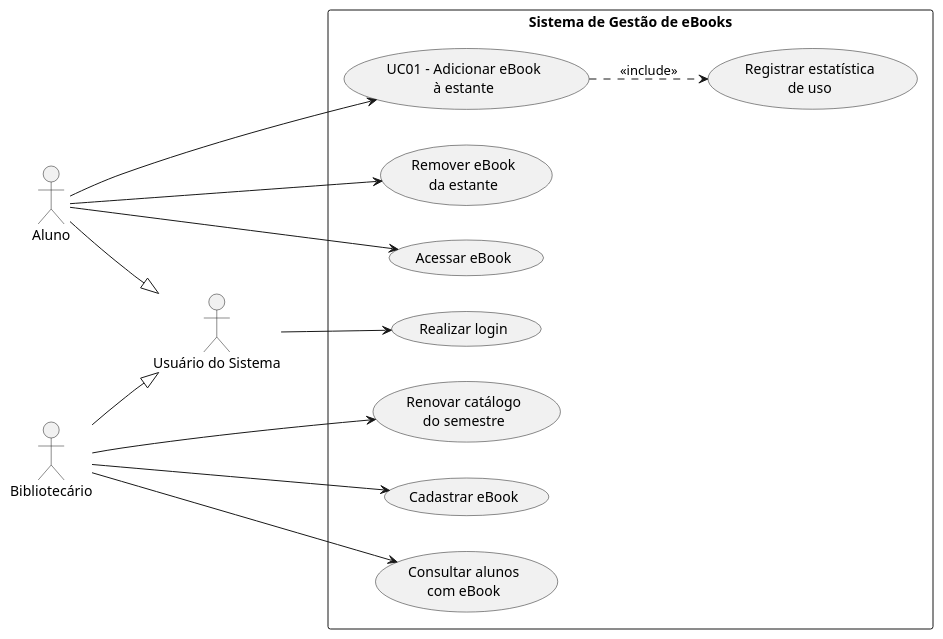
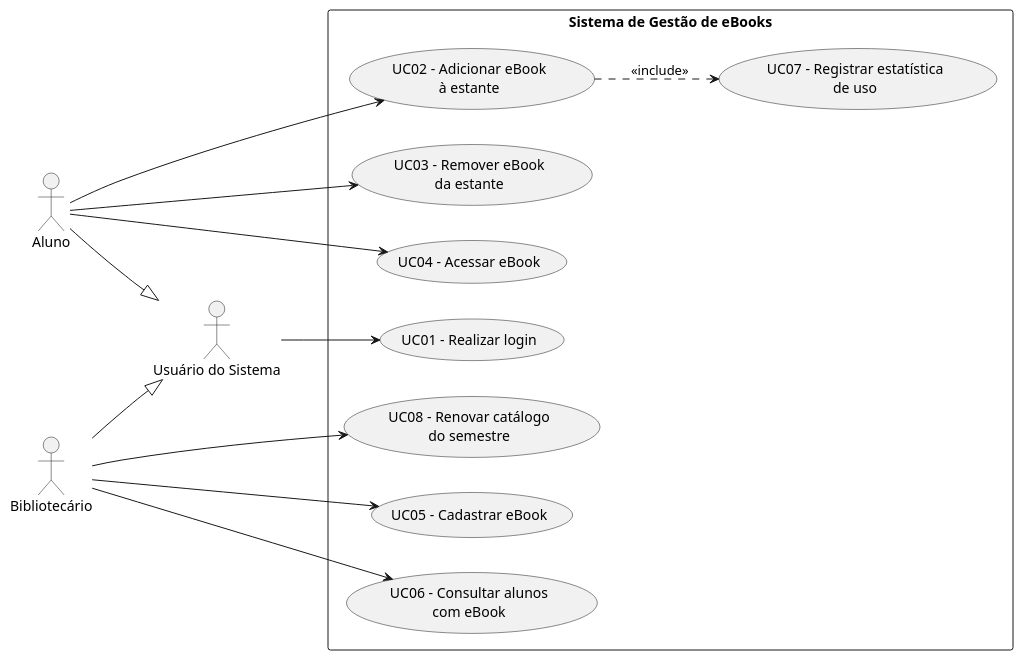
Before and after one commit to fillmello/lab01-ebooks-biblioteca: the diagram in docs/diagramas/casos-de-uso.puml, drawn with PlantUML. The commit also changed 2 other files, not shown here.

Commit message:
docs: numera casos de uso UC01-UC08 e aponta README para o diagrama PlantUML

```diff
--- a/docs/diagramas/casos-de-uso.puml
+++ b/docs/diagramas/casos-de-uso.puml
@@ -1,39 +1,39 @@
 @startuml Sistema de Gestão de eBooks
 left to right direction
 
 actor "Usuário do Sistema" as usuario
 actor "Aluno" as aluno
 actor "Bibliotecário" as bib
 
 ' --- Aluno e Bibliotecário são especializações de Usuário do Sistema ---
 aluno --|> usuario
 bib --|> usuario
 
 rectangle "Sistema de Gestão de eBooks" {
-  usecase "UC01 - Adicionar eBook\nà estante"        as UC_adicionar
-  usecase "Registrar estatística\nde uso"     as UC_estatistica
-  usecase "Remover eBook\nda estante"         as UC_remover
-  usecase "Acessar eBook"                     as UC_acessar
-  usecase "Realizar login"                    as UC_login
-  usecase "Cadastrar eBook"                   as UC_cadastrar
-  usecase "Consultar alunos\ncom eBook"       as UC_consultar
-  usecase "Renovar catálogo\ndo semestre"     as UC_renovar
+  usecase "UC01 - Realizar login"                   as UC_login
+  usecase "UC02 - Adicionar eBook\nà estante"       as UC_adicionar
+  usecase "UC03 - Remover eBook\nda estante"        as UC_remover
+  usecase "UC04 - Acessar eBook"                    as UC_acessar
+  usecase "UC05 - Cadastrar eBook"                  as UC_cadastrar
+  usecase "UC06 - Consultar alunos\ncom eBook"      as UC_consultar
+  usecase "UC07 - Registrar estatística\nde uso"    as UC_estatistica
+  usecase "UC08 - Renovar catálogo\ndo semestre"    as UC_renovar
 }
 
 ' --- Usuário do Sistema (vale para os dois perfis) ---
 usuario --> UC_login
 
 ' --- Aluno ---
 aluno --> UC_adicionar
 aluno --> UC_remover
 aluno --> UC_acessar
 
 ' --- Bibliotecário ---
 bib --> UC_cadastrar
 bib --> UC_consultar
 bib --> UC_renovar
 
 ' --- Relacionamento include ---
 UC_adicionar ..> UC_estatistica : <<include>>
 
 @enduml
```
